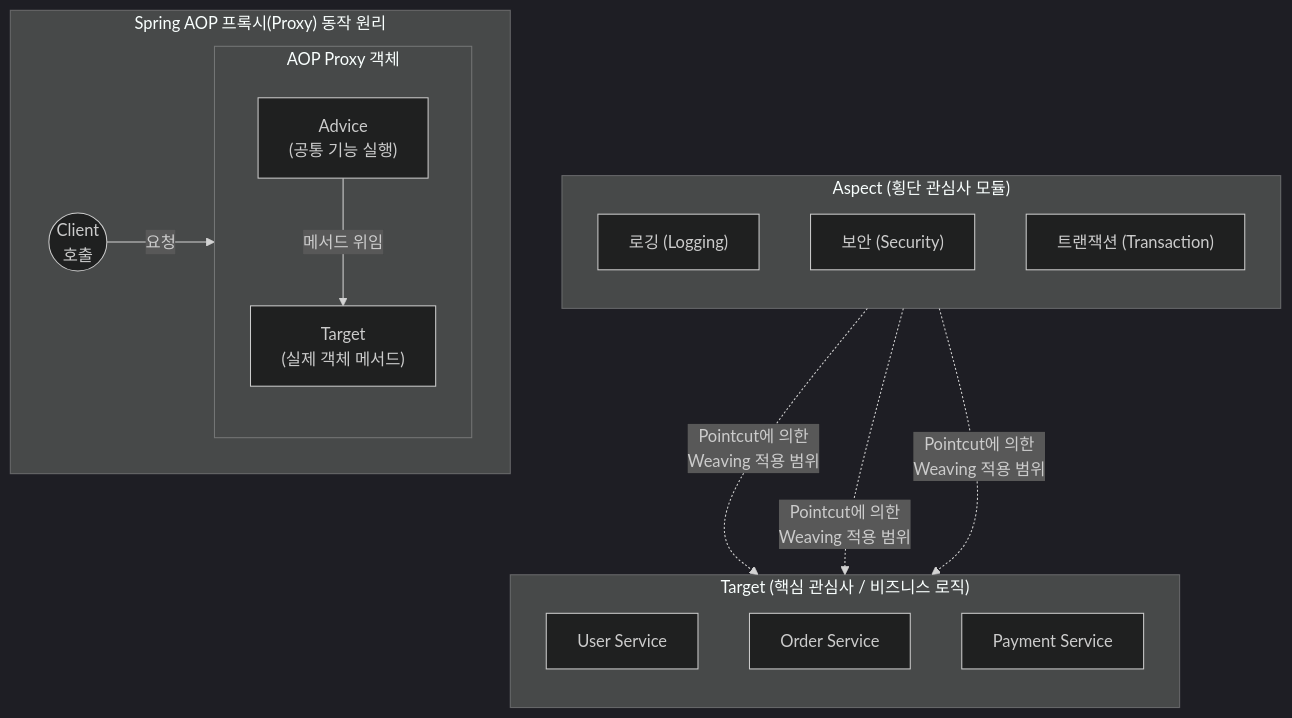
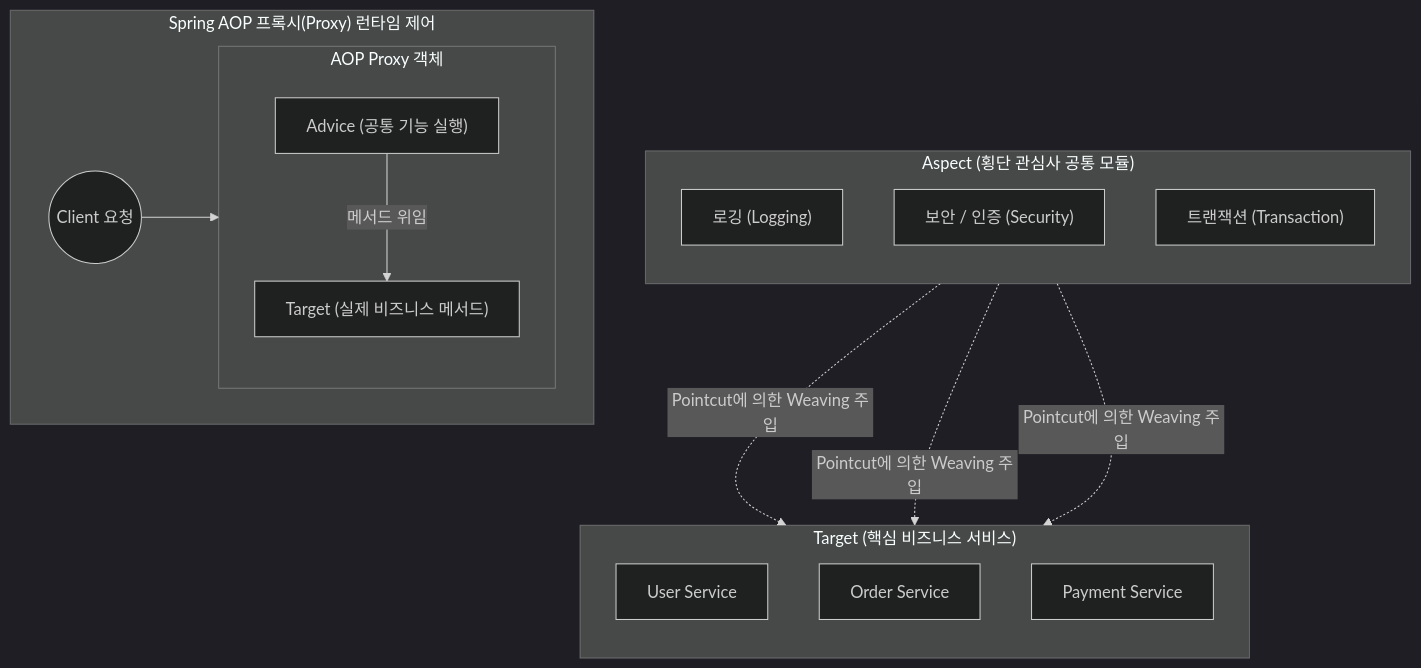
One commit to supremethumb/supremethumb.github.io changed the diagram in content/01_IT Tech/AOP (Aspect Oriented Programming).md. Above: the diagram before and after it, drawn with Mermaid (dark theme). The commit also changed other lines of this file and 362 other files, not shown here.

````diff
--- a/content/01_IT Tech/AOP (Aspect Oriented Programming).md
+++ b/content/01_IT Tech/AOP (Aspect Oriented Programming).md
@@ -29,32 +31,31 @@
 ```mermaid
 flowchart TB
-    subgraph Cross_Cutting["Aspect (횡단 관심사 모듈)"]
+    subgraph Cross_Cutting["Aspect (횡단 관심사 공통 모듈)"]
         direction TB
         Log["로깅 (Logging)"]
-        Sec["보안 (Security)"]
+        Sec["보안 / 인증 (Security)"]
         Tx["트랜잭션 (Transaction)"]
     end
 
-    subgraph Core_Logic["Target (핵심 관심사 / 비즈니스 로직)"]
+    subgraph Core_Logic["Target (핵심 비즈니스 서비스)"]
         direction TB
         U["User Service"]
         O["Order Service"]
         P["Payment Service"]
     end
 
-    Log & Sec & Tx -. "Pointcut에 의한<br/>Weaving 적용 범위" .-> Core_Logic
+    Log & Sec & Tx -. "Pointcut에 의한 Weaving 주입" .-> Core_Logic
 
-    subgraph Runtime_Weaving["Spring AOP 프록시(Proxy) 동작 원리"]
+    subgraph Runtime_Weaving["Spring AOP 프록시(Proxy) 런타임 제어"]
         direction LR
-        Client(("Client<br/>호출"))
+        Client(("Client 요청"))
         
         subgraph ProxyObject["AOP Proxy 객체"]
-            Adv["Advice<br/>(공통 기능 실행)"]
-            Tgt["Target<br/>(실제 객체 메서드)"]
+            Adv["Advice (공통 기능 실행)"]
+            Tgt["Target (실제 비즈니스 메서드)"]
             Adv -- "메서드 위임" --> Tgt
         end
         
-        Client -- "요청" --> ProxyObject
+        Client --> ProxyObject
     end
-
 ```
````
